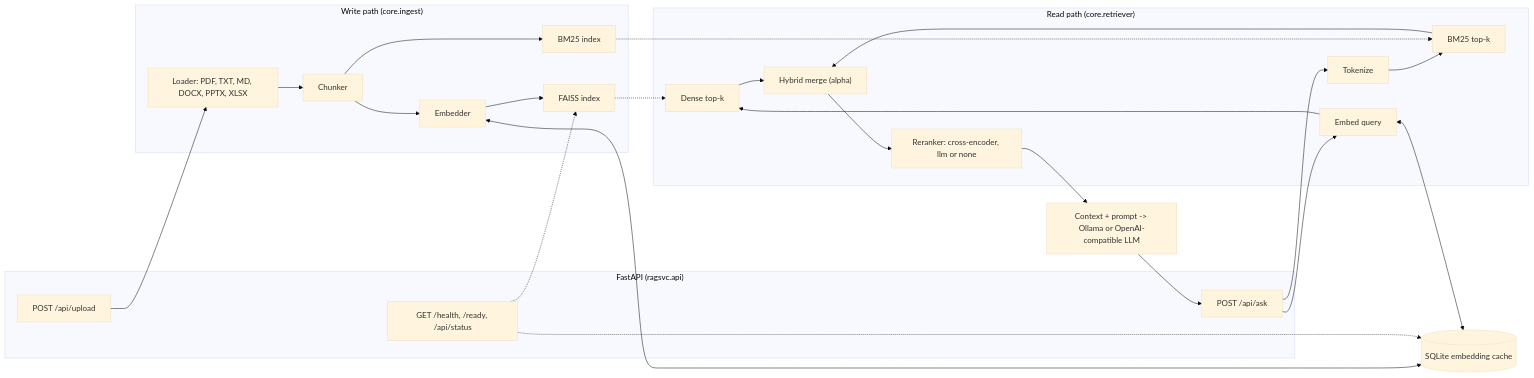
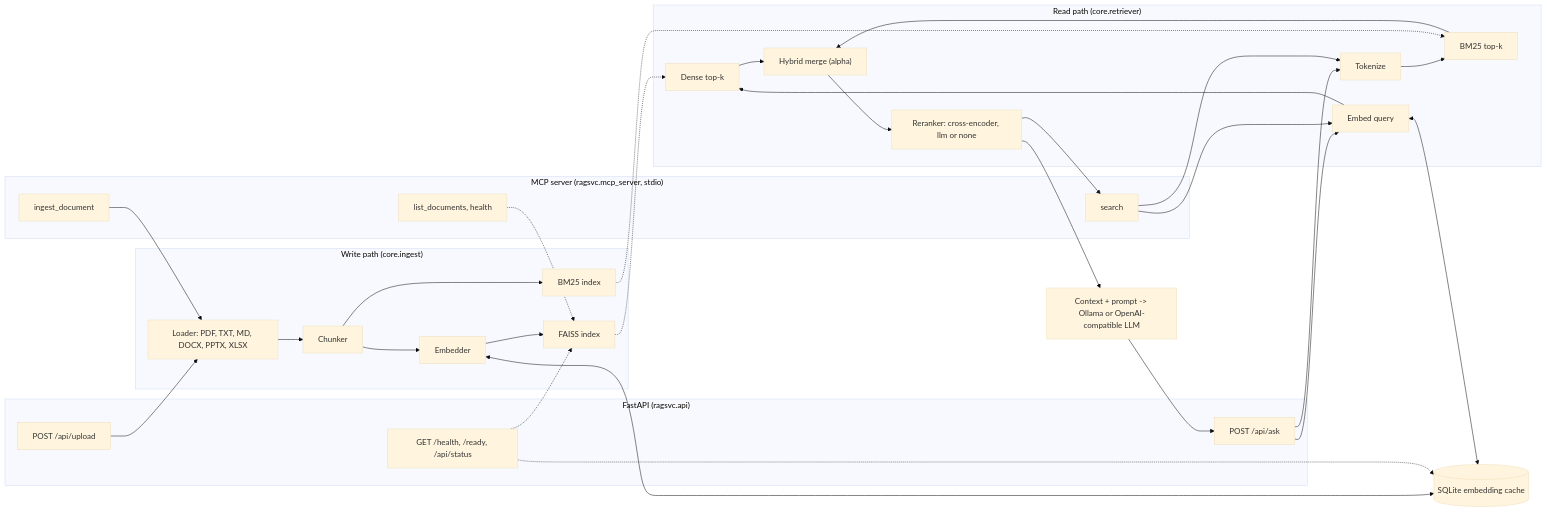
One commit to vipul21435/rag-eval-service changed the diagram in README.md. Above: the diagram before and after it, drawn with Mermaid (base theme). The commit also changed other lines of this file and 3 other files, not shown here.

````diff
--- a/README.md
+++ b/README.md
@@ -69,33 +77,43 @@
 ```mermaid
 flowchart LR
     subgraph API["FastAPI (ragsvc.api)"]
         UP["POST /api/upload"]
         ASK["POST /api/ask"]
         HP["GET /health, /ready, /api/status"]
+    end
+    subgraph MCP["MCP server (ragsvc.mcp_server, stdio)"]
+        TI["ingest_document"]
+        TS["search"]
+        TH["list_documents, health"]
     end
     subgraph Ingest["Write path (core.ingest)"]
         LOAD["Loader: PDF, TXT, MD, DOCX, PPTX, XLSX"] --> SPLIT["Chunker"]
         SPLIT --> EMB["Embedder"]
         EMB --> FAISS["FAISS index"]
         SPLIT --> BM25["BM25 index"]
     end
     subgraph Query["Read path (core.retriever)"]
         QE["Embed query"] --> DS["Dense top-k"]
         Q2["Tokenize"] --> SS["BM25 top-k"]
         DS --> MERGE["Hybrid merge (alpha)"]
         SS --> MERGE
         MERGE --> RR["Reranker: cross-encoder, llm or none"]
     end
     CACHE[("SQLite embedding cache")]
     EMB <--> CACHE
     QE <--> CACHE
     UP --> LOAD
+    TI --> LOAD
     ASK --> QE
     ASK --> Q2
+    TS --> QE
+    TS --> Q2
+    RR --> TS
+    TH -.-> FAISS
     FAISS -.-> DS
     BM25 -.-> SS
     RR --> GEN["Context + prompt -> Ollama or OpenAI-compatible LLM"]
     GEN --> ASK
     HP -.-> CACHE
     HP -.-> FAISS
 ```
````
